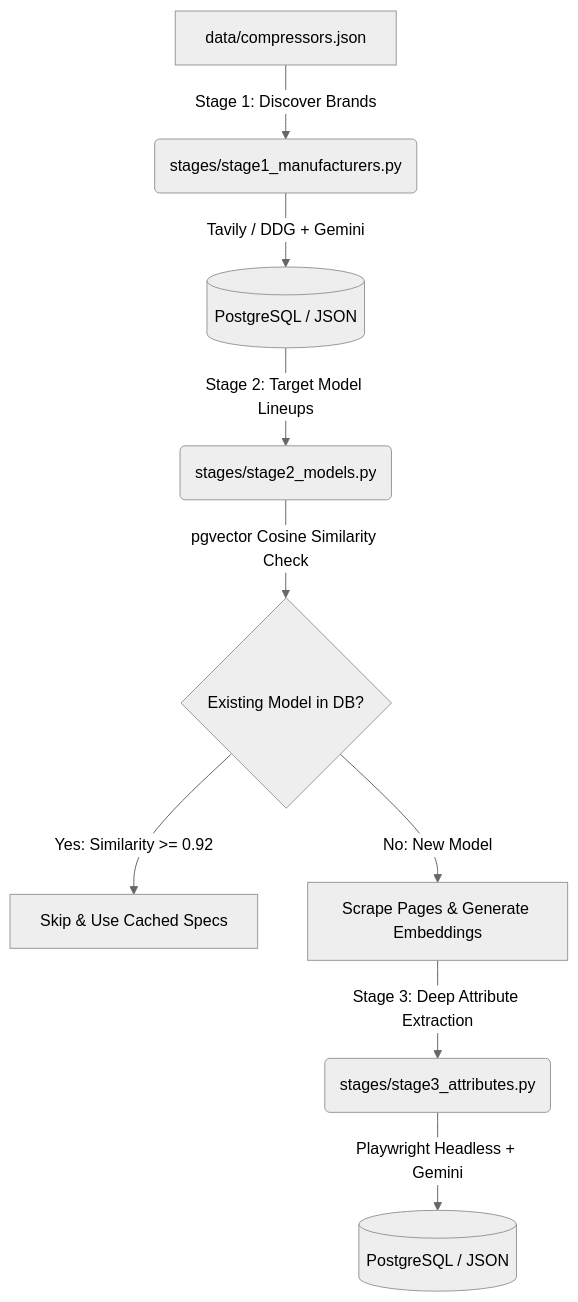
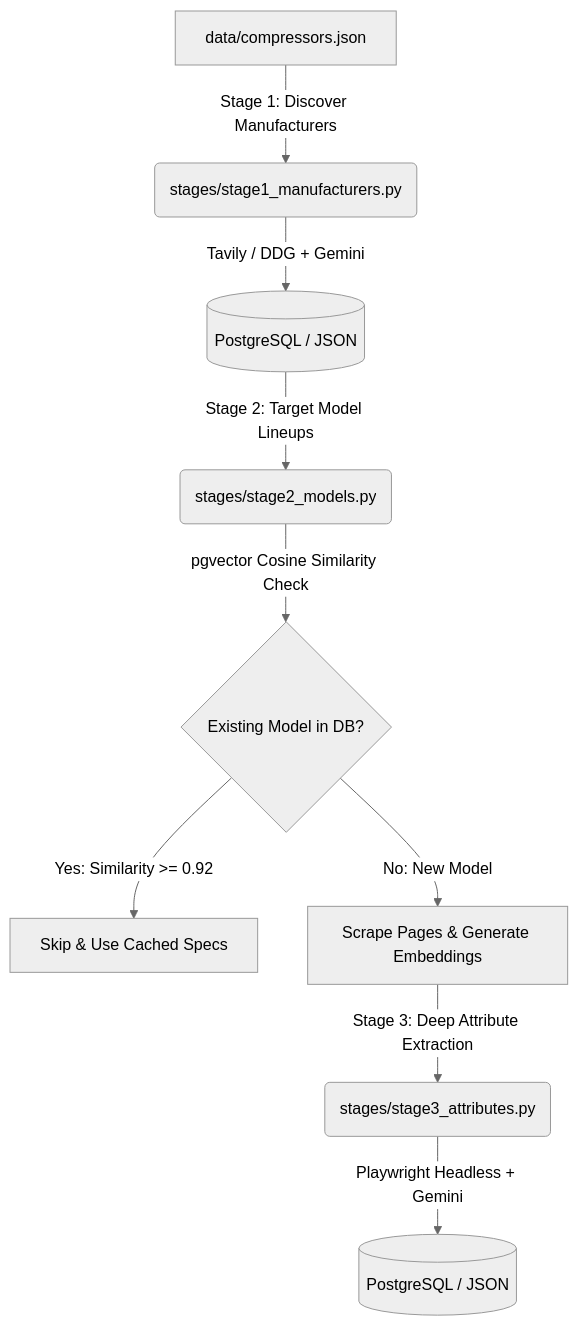
One commit to Anshdeep/Pump-Crawler changed the diagram in Equipment/README.md. Above: the diagram before and after it, drawn with Mermaid (neutral theme). The commit also changed other lines of this file and 26 other files, not shown here.

````diff
--- a/Equipment/README.md
+++ b/Equipment/README.md
@@ -33,14 +33,14 @@
 ```mermaid
 graph TD
-    A[data/compressors.json] -->|Stage 1: Discover Brands| B(stages/stage1_manufacturers.py)
+    A[data/compressors.json] -->|Stage 1: Discover Manufacturers| B(stages/stage1_manufacturers.py)
     B -->|Tavily / DDG + Gemini| C[(PostgreSQL / JSON)]
     
     C -->|Stage 2: Target Model Lineups| D(stages/stage2_models.py)
     D -->|pgvector Cosine Similarity Check| E{Existing Model in DB?}
     
     E -->|Yes: Similarity >= 0.92| F[Skip & Use Cached Specs]
     E -->|No: New Model| G[Scrape Pages & Generate Embeddings]
     
     G -->|Stage 3: Deep Attribute Extraction| H(stages/stage3_attributes.py)
     H -->|Playwright Headless + Gemini| I[(PostgreSQL / JSON)]
 ```
````
